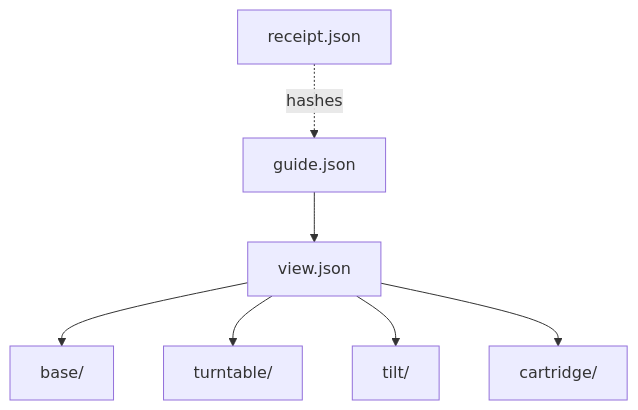
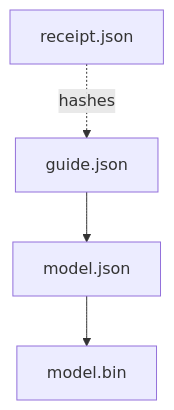
The diagram in software/cadagent/webkit/assembly/examples/gyropup-turret/README.md (Valpatel/cad-agent), drawn with Mermaid before and after one commit. The commit also changed other lines of this file and 86 other files, not shown here.

First line of the commit message:
Featured guide: one packed model, stated rules for Gyropup's codes, phone order

````diff
--- a/software/cadagent/webkit/assembly/examples/gyropup-turret/README.md
+++ b/software/cadagent/webkit/assembly/examples/gyropup-turret/README.md
@@ -7,9 +7,6 @@
 ```mermaid
 flowchart TD
-  G[guide.json] --> V[view.json]
-  V --> B[base/]
-  V --> T[turntable/]
-  V --> L[tilt/]
-  V --> C[cartridge/]
+  G[guide.json] --> M[model.json]
+  M --> B[model.bin]
   R[receipt.json] -. hashes .-> G
 ```
````
